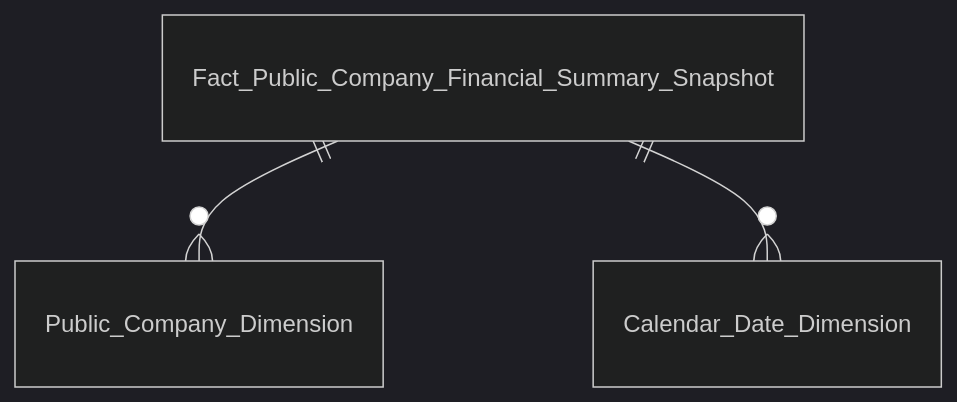
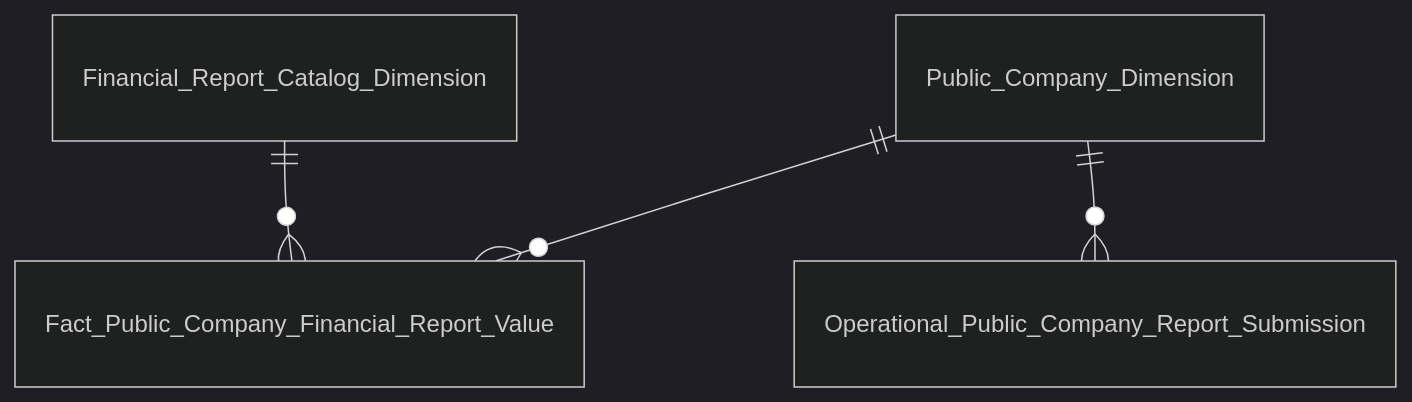
One commit to linhlvit/ubck_atomic_design changed diagram 16 of 19 in Datamart/hld/DTM_GSDC_Entities.md. Above: the diagram before and after it, drawn with Mermaid (dark theme). The commit also changed other lines of this file and 3 other files, not shown here.

````diff
--- a/Datamart/hld/DTM_GSDC_Entities.md
+++ b/Datamart/hld/DTM_GSDC_Entities.md
@@ -213,5 +268,6 @@
 ```mermaid
 erDiagram
-    Fact_Public_Company_Financial_Summary_Snapshot ||--o{ Public_Company_Dimension : ""
-    Fact_Public_Company_Financial_Summary_Snapshot ||--o{ Calendar_Date_Dimension : ""
+    Public_Company_Dimension ||--o{ Fact_Public_Company_Financial_Report_Value : ""
+    Financial_Report_Catalog_Dimension ||--o{ Fact_Public_Company_Financial_Report_Value : ""
+    Public_Company_Dimension ||--o{ Operational_Public_Company_Report_Submission : ""
 ```
````
